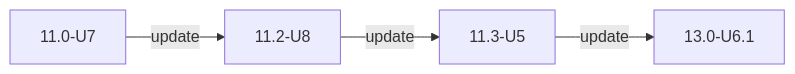
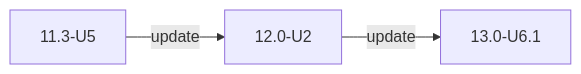
Before and after one commit to truenas/documentation: the second of 2 diagrams in static/includes/COREUpgradePaths.md, drawn with Mermaid. The commit also changed other lines of this file, not shown here.

```diff
--- a/static/includes/COREUpgradePaths.md
+++ b/static/includes/COREUpgradePaths.md
@@ -22,6 +21,5 @@
       {{< mermaid class="mermaid_sizing" >}}
       flowchart LR
-      A["11.0-U7"] -->|update| B["11.2-U8"]
-      B -->|update| C["11.3-U5"]
-      C -->|update| D["13.0-U6.1"]
+      A["11.3-U5"] -->|update| B["12.0-U2"]
+      B -->|update| C["13.0-U6.1"]
       {{< /mermaid >}}
```
